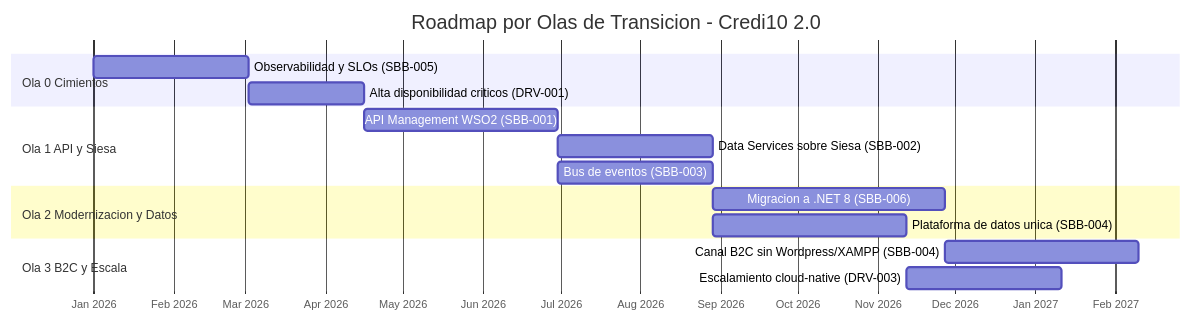
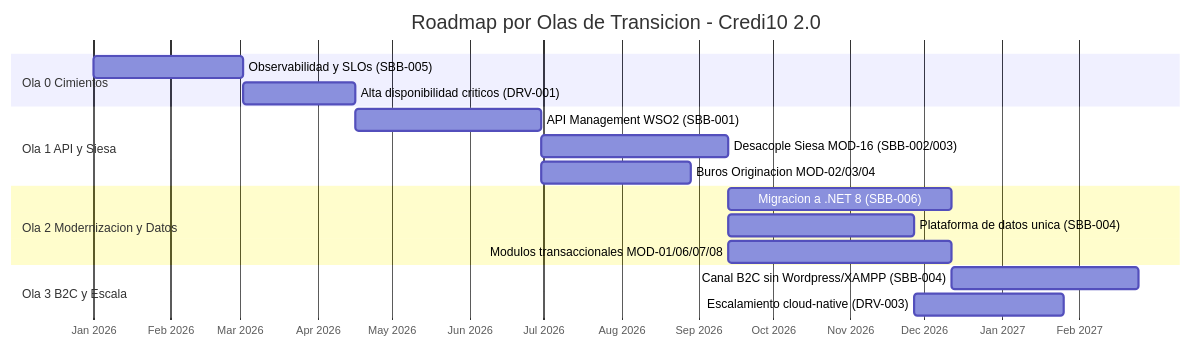
The second of 2 diagrams in advisory-credi10-2.0/05-roadmap-estimacion-raid.md (ogeidlomica/advisory), drawn with Mermaid before and after one commit. The commit also changed other lines of this file and 1 other file, not shown here.

Commit message:
feat: per-module estimation + roadmap + business-owner evaluation & schedule-slip risk (FEAT-004)

````diff
--- a/advisory-credi10-2.0/05-roadmap-estimacion-raid.md
+++ b/advisory-credi10-2.0/05-roadmap-estimacion-raid.md
@@ -56,19 +183,20 @@
 ```mermaid
 gantt
     title Roadmap por Olas de Transicion - Credi10 2.0
     dateFormat  YYYY-MM-DD
     axisFormat  %b %Y
     section Ola 0 Cimientos
     Observabilidad y SLOs (SBB-005)        :w0a, 2026-01-01, 60d
     Alta disponibilidad criticos (DRV-001) :w0b, after w0a, 45d
     section Ola 1 API y Siesa
     API Management WSO2 (SBB-001)          :w1a, after w0b, 75d
-    Data Services sobre Siesa (SBB-002)    :w1b, after w1a, 60d
-    Bus de eventos (SBB-003)               :w1c, after w1a, 60d
+    Desacople Siesa MOD-16 (SBB-002/003)   :w1b, after w1a, 75d
+    Buros Originacion MOD-02/03/04         :w1c, after w1a, 60d
     section Ola 2 Modernizacion y Datos
     Migracion a .NET 8 (SBB-006)           :w2a, after w1b, 90d
     Plataforma de datos unica (SBB-004)    :w2b, after w1b, 75d
+    Modulos transaccionales MOD-01/06/07/08:w2c, after w1b, 90d
     section Ola 3 B2C y Escala
     Canal B2C sin Wordpress/XAMPP (SBB-004):w3a, after w2a, 75d
     Escalamiento cloud-native (DRV-003)    :w3b, after w2b, 60d
 ```
````
